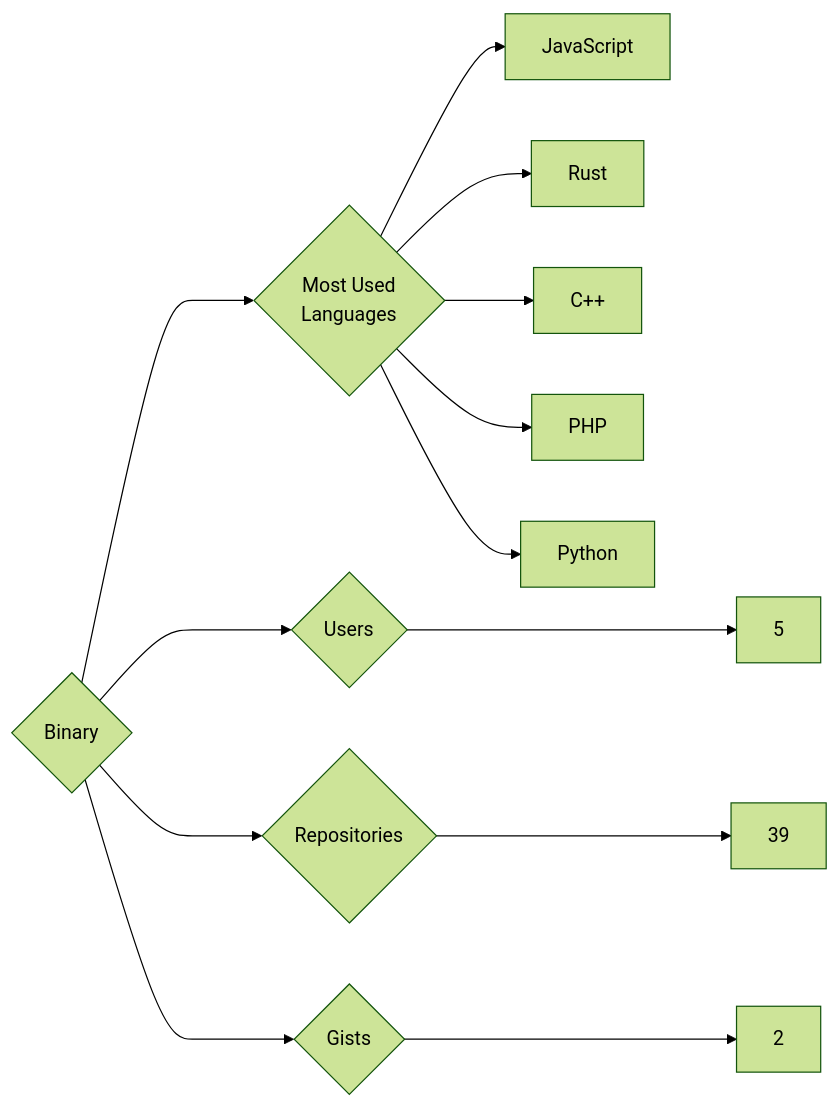
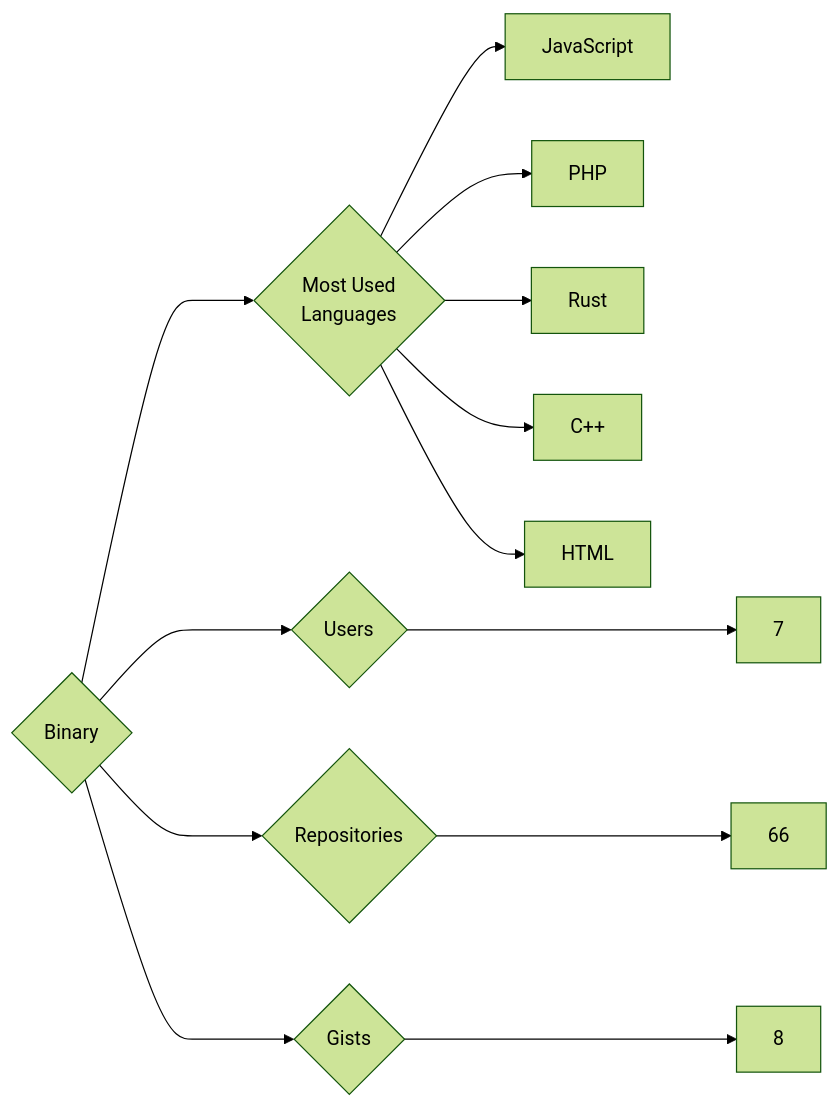
The diagram in targets/Binary/README.md (trickest/insiders), drawn with Mermaid (forest theme) before and after one commit. The commit also changed 914 other files, not shown here.

````diff
--- a/targets/Binary/README.md
+++ b/targets/Binary/README.md
@@ -3,13 +3,13 @@
 ```mermaid
 graph LR
 COMPANY_NAME{Binary}
-COMPANY_NAME ---> U{Users} ---> UN[5]
-COMPANY_NAME ---> R{Repositories} ---> RN[39]
-COMPANY_NAME ---> G{Gists} ---> GN[2]
+COMPANY_NAME ---> U{Users} ---> UN[7]
+COMPANY_NAME ---> R{Repositories} ---> RN[66]
+COMPANY_NAME ---> G{Gists} ---> GN[8]
 COMPANY_NAME ---> ML{Most Used<br>Languages}
 ML --> JavaScript[JavaScript]
+ML --> PHP[PHP]
 ML --> Rust[Rust]
 ML --> C++[C++]
-ML --> PHP[PHP]
-ML --> Python[Python]
+ML --> HTML[HTML]
 ```
````
